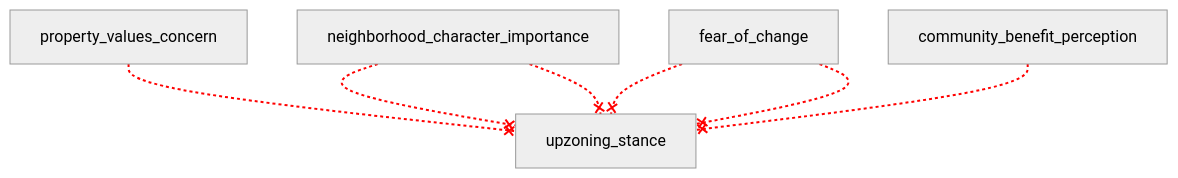
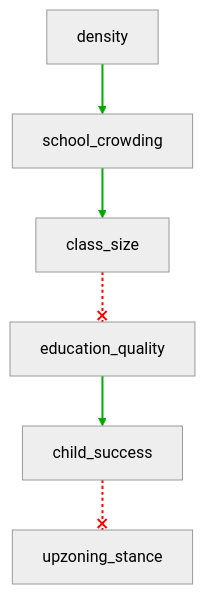
One commit to jajamoa/generative-minds changed the diagram in data/samples_scm/sample_11.mmd. Above: the diagram before and after it, drawn with Mermaid (neutral theme). The commit also changed 115 other files, not shown here.

````diff
--- a/data/samples_scm/sample_11.mmd
+++ b/data/samples_scm/sample_11.mmd
@@ -1,22 +1,19 @@
 ```mermaid
 flowchart TD
-    n1[property_values_concern]
-    n2[neighborhood_character_importance]
-    n3[fear_of_change]
-    n4[community_benefit_perception]
-    n5[upzoning_stance]
-    
-    n1 --x n5
-    n2 --x n5
-    n2 --x n5
-    n3 --x n5
-    n3 --x n5
-    n4 --x n5
-    
-    linkStyle 0 stroke:#FF0000,stroke-dasharray:3,stroke-width:2px
-    linkStyle 1 stroke:#FF0000,stroke-dasharray:3,stroke-width:2px
+    n1[density]
+    n2[school_crowding]
+    n3[class_size]
+    n4[education_quality]
+    n5[child_success]
+    n6[upzoning_stance]
+    n1 --> n2
+    n2 --> n3
+    n3 --x n4
+    n4 --> n5
+    n5 --x n6
+    linkStyle 0 stroke:#00AA00,stroke-width:2px
+    linkStyle 1 stroke:#00AA00,stroke-width:2px
     linkStyle 2 stroke:#FF0000,stroke-dasharray:3,stroke-width:2px
-    linkStyle 3 stroke:#FF0000,stroke-dasharray:3,stroke-width:2px
+    linkStyle 3 stroke:#00AA00,stroke-width:2px
     linkStyle 4 stroke:#FF0000,stroke-dasharray:3,stroke-width:2px
-    linkStyle 5 stroke:#FF0000,stroke-dasharray:3,stroke-width:2px
 ```
````
